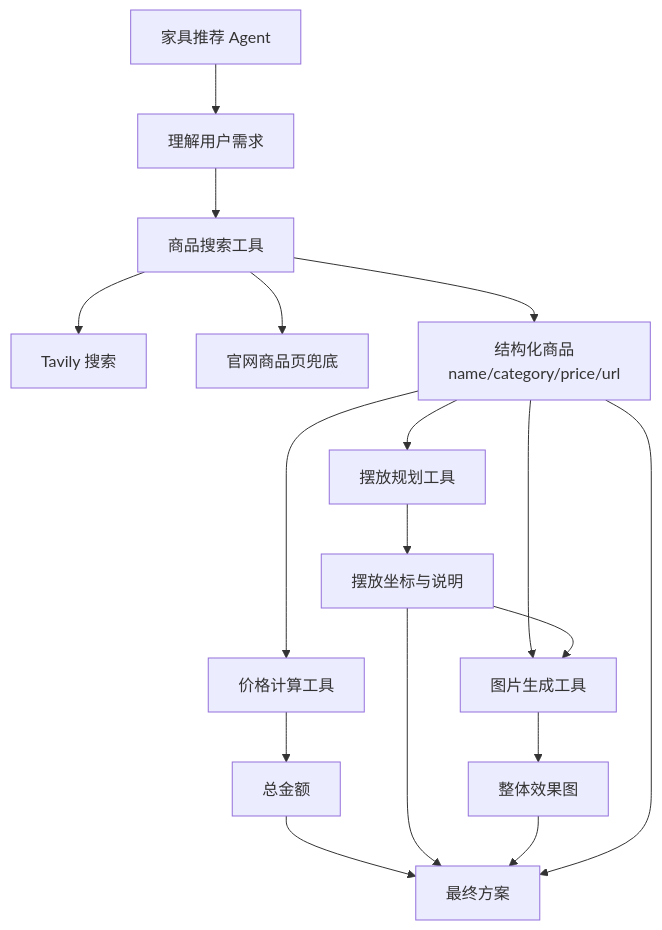
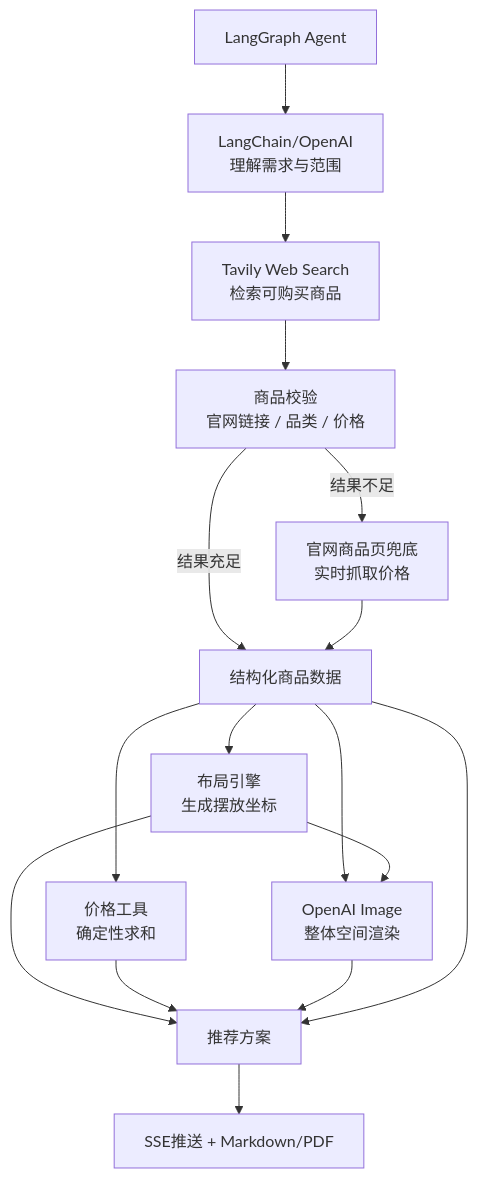
Before and after one commit to canvas0607/hpu-dsci5800-final: the fourth of 5 diagrams in docs/agent_workflow_analysis.md, drawn with Mermaid. The commit also changed other lines of this file, not shown here.

````diff
--- a/docs/agent_workflow_analysis.md
+++ b/docs/agent_workflow_analysis.md
@@ -111,19 +125,18 @@
 ```mermaid
 flowchart TD
-    Agent["家具推荐 Agent"] --> Need["理解用户需求"]
-    Need --> Search["商品搜索工具"]
-    Search --> Tavily["Tavily 搜索"]
-    Search --> Fallback["官网商品页兜底"]
-    Search --> Items["结构化商品<br/>name/category/price/url"]
-    Items --> Layout["摆放规划工具"]
-    Items --> Price["价格计算工具"]
-    Layout --> Placement["摆放坐标与说明"]
-    Price --> Total["总金额"]
-    Items --> Image["图片生成工具"]
-    Placement --> Image
-    Image --> RoomPic["整体效果图"]
-    Total --> Final["最终方案"]
-    Placement --> Final
-    RoomPic --> Final
+    Agent["LangGraph Agent"] --> Intent["LangChain/OpenAI<br/>理解需求与范围"]
+    Intent --> Search["Tavily Web Search<br/>检索可购买商品"]
+    Search --> Check["商品校验<br/>官网链接 / 品类 / 价格"]
+    Check -->|结果不足| Fallback["官网商品页兜底<br/>实时抓取价格"]
+    Check -->|结果充足| Items["结构化商品数据"]
+    Fallback --> Items
+    Items --> Layout["布局引擎<br/>生成摆放坐标"]
+    Items --> Price["价格工具<br/>确定性求和"]
+    Items --> Image["OpenAI Image<br/>整体空间渲染"]
+    Layout --> Image
+    Layout --> Final["推荐方案"]
+    Price --> Final
+    Image --> Final
     Items --> Final
+    Final --> Export["SSE推送 + Markdown/PDF"]
 ```
````
